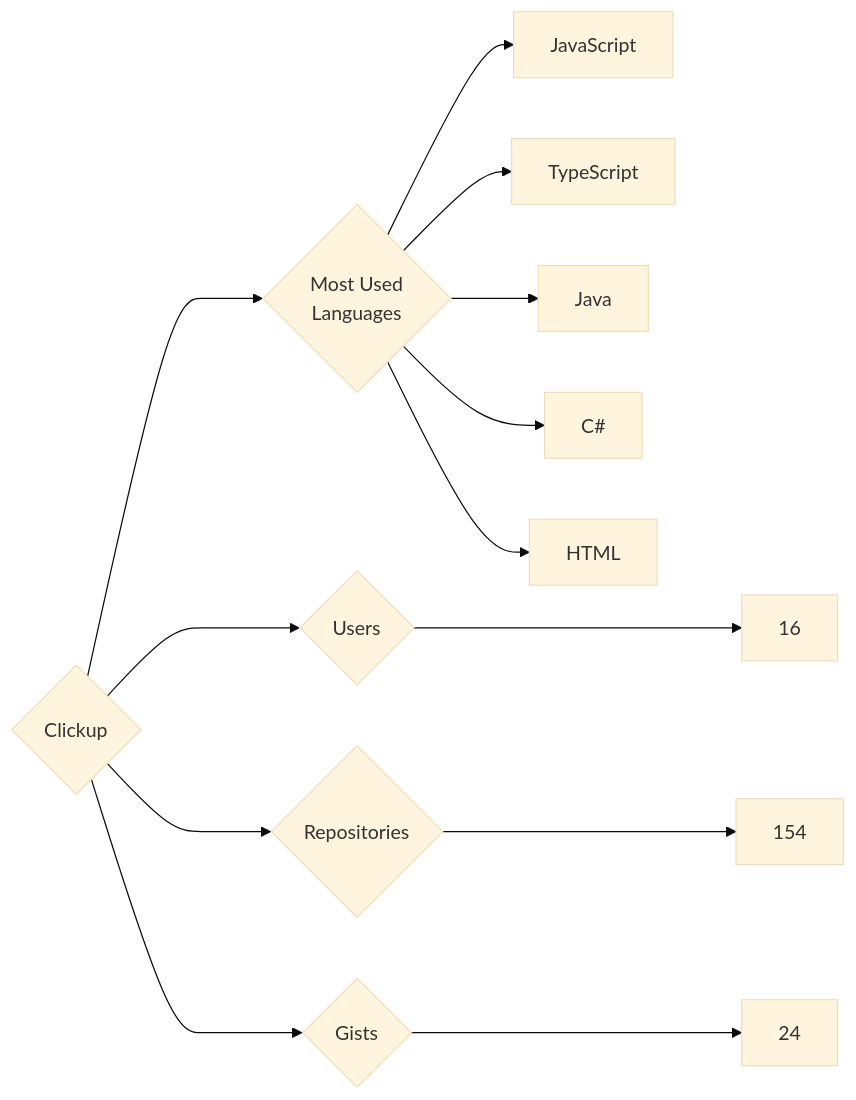
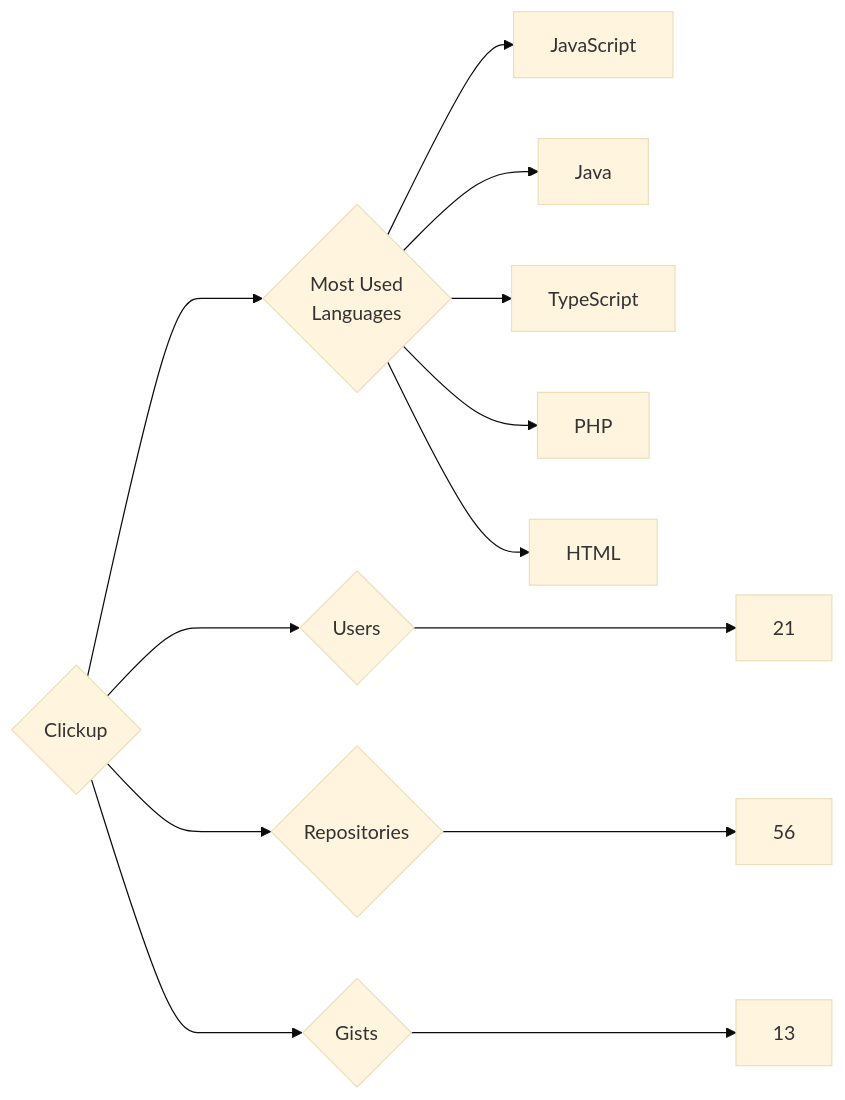
Before and after one commit to trickest/insiders: the diagram in targets/Clickup/README.md, drawn with Mermaid (base theme). The commit also changed 916 other files, not shown here.

````diff
--- a/targets/Clickup/README.md
+++ b/targets/Clickup/README.md
@@ -3,13 +3,13 @@
 ```mermaid
 graph LR
 COMPANY_NAME{Clickup}
-COMPANY_NAME ---> U{Users} ---> UN[16]
-COMPANY_NAME ---> R{Repositories} ---> RN[154]
-COMPANY_NAME ---> G{Gists} ---> GN[24]
+COMPANY_NAME ---> U{Users} ---> UN[21]
+COMPANY_NAME ---> R{Repositories} ---> RN[56]
+COMPANY_NAME ---> G{Gists} ---> GN[13]
 COMPANY_NAME ---> ML{Most Used<br>Languages}
 ML --> JavaScript[JavaScript]
+ML --> Java[Java]
 ML --> TypeScript[TypeScript]
-ML --> Java[Java]
-ML --> C#[C#]
+ML --> PHP[PHP]
 ML --> HTML[HTML]
 ```
````
